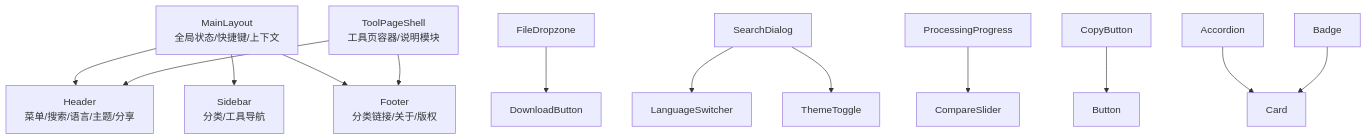
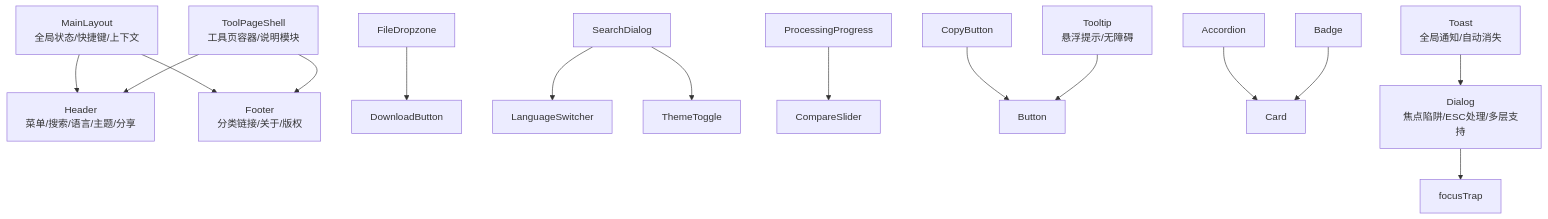
One commit to sgyy/privadeck changed the second of 6 diagrams in .qoder/repowiki/zh/content/UI组件系统/UI组件系统.md. Above: the diagram before and after it, drawn with Mermaid. The commit also changed other lines of this file and 6 other files, not shown here.

````diff
--- a/.qoder/repowiki/zh/content/UI组件系统/UI组件系统.md
+++ b/.qoder/repowiki/zh/content/UI组件系统/UI组件系统.md
@@ -163,15 +167,17 @@
 ```mermaid
 graph TB
 ML["MainLayout<br/>全局状态/快捷键/上下文"] --> HDR["Header<br/>菜单/搜索/语言/主题/分享"]
-ML --> SBD["Sidebar<br/>分类/工具导航"]
 ML --> FTR["Footer<br/>分类链接/关于/版权"]
 TPS["ToolPageShell<br/>工具页容器/说明模块"] --> HDR
 TPS --> FTR
 FDZ["FileDropzone"] --> DNB["DownloadButton"]
 SDI["SearchDialog"] --> LSW["LanguageSwitcher"]
 SDI --> TMT["ThemeToggle"]
 PPG["ProcessingProgress"] --> CMP["CompareSlider"]
 CPB["CopyButton"] --> BTN["Button"]
 ACC["Accordion"] --> CAR["Card"]
 BAD["Badge"] --> CAR
+DLG["Dialog<br/>焦点陷阱/ESC处理/多层支持"] --> FT["focusTrap"]
+TST["Toast<br/>全局通知/自动消失"] --> DLG
+TTP["Tooltip<br/>悬浮提示/无障碍"] --> BTN
 ```
````
